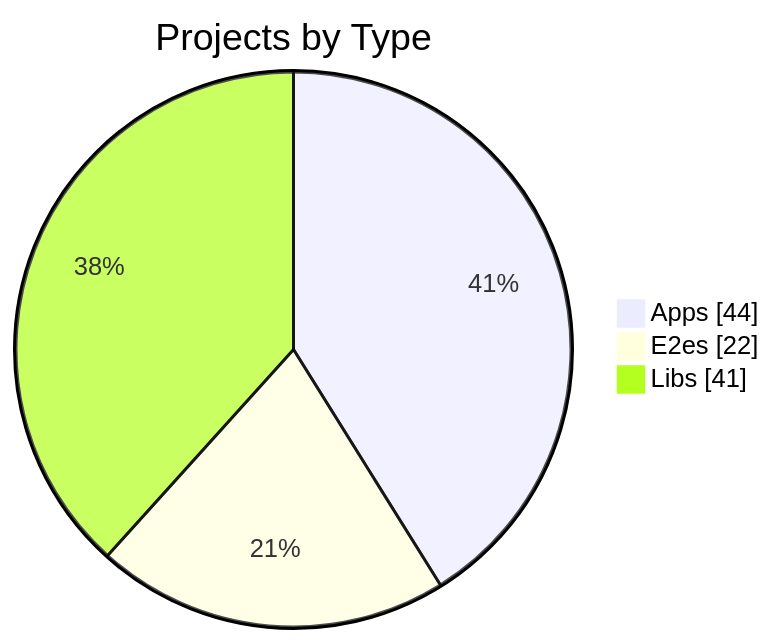
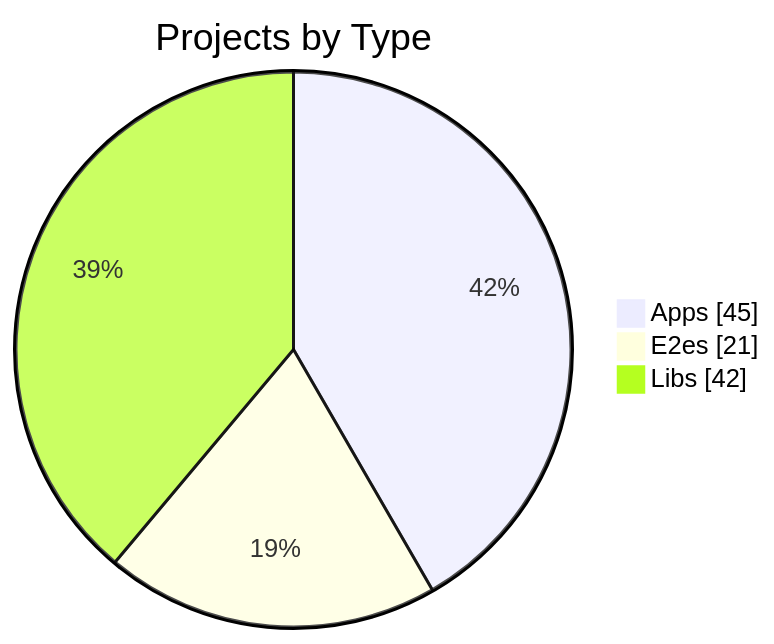
The first of 3 diagrams in apps/kbve/astro-kbve/src/content/docs/dashboard/graph.mdx (KBVE/kbve), drawn with Mermaid before and after one commit. The commit also changed other lines of this file and 8 other files, not shown here.

````diff
--- a/apps/kbve/astro-kbve/src/content/docs/dashboard/graph.mdx
+++ b/apps/kbve/astro-kbve/src/content/docs/dashboard/graph.mdx
@@ -56,7 +56,7 @@
 ```mermaid
 pie showData
     title Projects by Type
-    "Apps" : 44
-    "E2es" : 22
-    "Libs" : 41
+    "Apps" : 45
+    "E2es" : 21
+    "Libs" : 42
 ```
````
